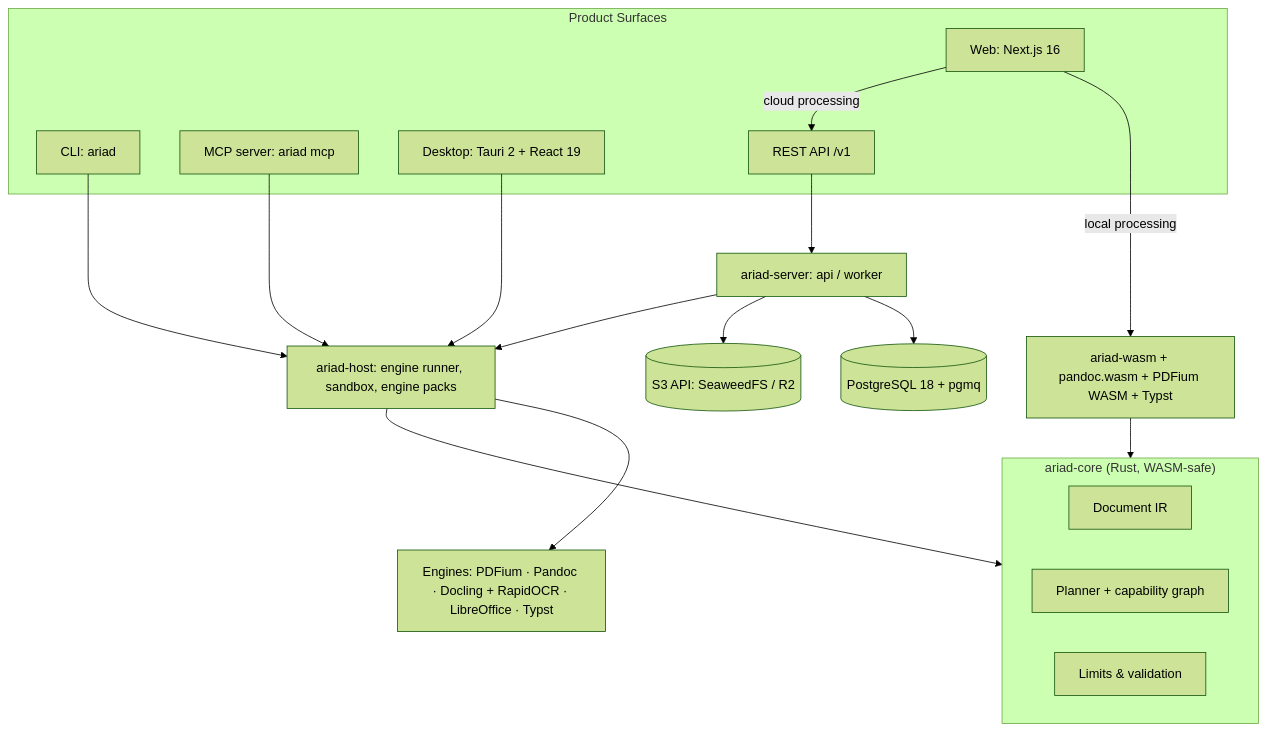
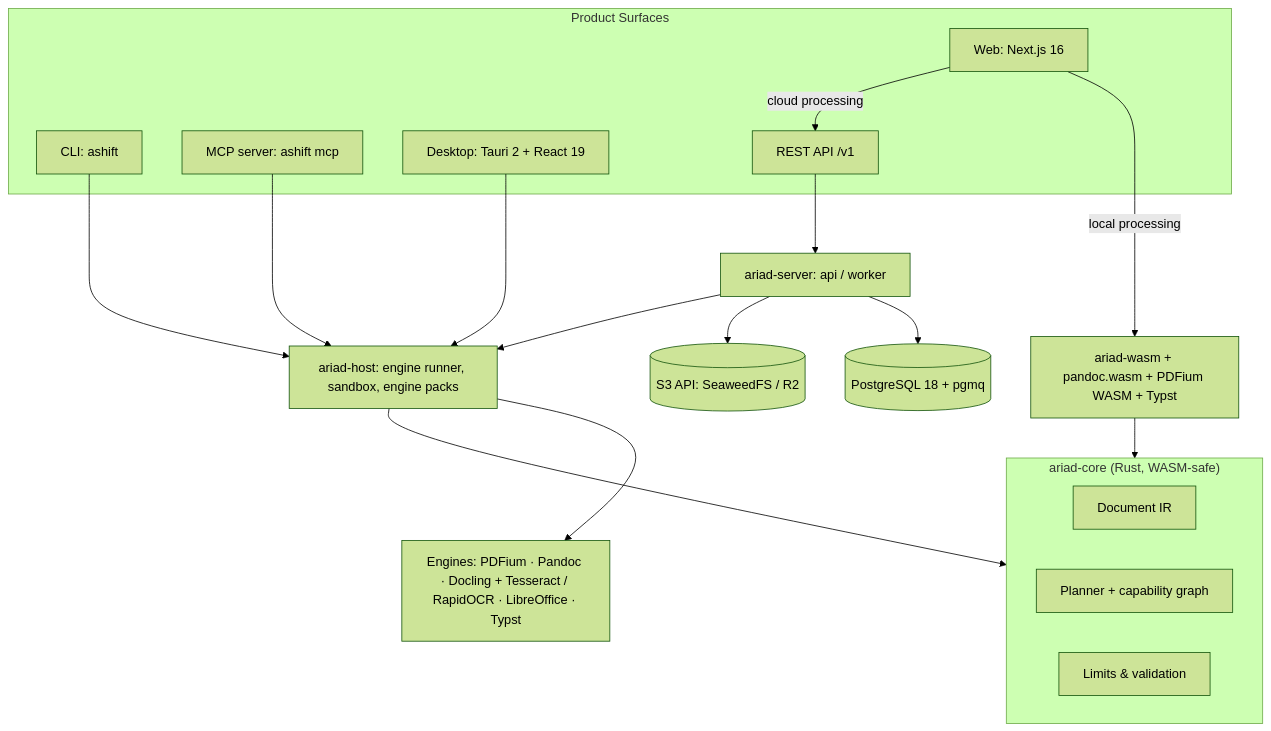
Before and after one commit to bavanchun/AriadShift: the first of 2 diagrams in ARCHITECTURE.md, drawn with Mermaid (forest theme). The commit also changed other lines of this file, not shown here.

Commit message:
docs: record foundation architecture decisions

````diff
--- a/ARCHITECTURE.md
+++ b/ARCHITECTURE.md
@@ -111,36 +129,36 @@
 ```mermaid
 flowchart TB
   subgraph surfaces["Product Surfaces"]
-    CLI["CLI: ariad"]
-    MCP["MCP server: ariad mcp"]
+    CLI["CLI: ashift"]
+    MCP["MCP server: ashift mcp"]
     DESK["Desktop: Tauri 2 + React 19"]
     WEB["Web: Next.js 16"]
     API["REST API /v1"]
   end
 
   subgraph core["ariad-core (Rust, WASM-safe)"]
     IR["Document IR"]
     PLAN["Planner + capability graph"]
     LIM["Limits & validation"]
   end
 
   HOST["ariad-host: engine runner, sandbox, engine packs"]
   WASM["ariad-wasm + pandoc.wasm + PDFium WASM + Typst"]
   SERVER["ariad-server: api / worker"]
-  ENG["Engines: PDFium · Pandoc · Docling + RapidOCR · LibreOffice · Typst"]
+  ENG["Engines: PDFium · Pandoc · Docling + Tesseract / RapidOCR · LibreOffice · Typst"]
   PG[("PostgreSQL 18 + pgmq")]
   S3[("S3 API: SeaweedFS / R2")]
 
   CLI --> HOST
   MCP --> HOST
   DESK --> HOST
   WEB -- "local processing" --> WASM
   WEB -- "cloud processing" --> API
   API --> SERVER
   SERVER --> PG
   SERVER --> S3
   SERVER --> HOST
   HOST --> core
   WASM --> core
   HOST --> ENG
 ```
````
